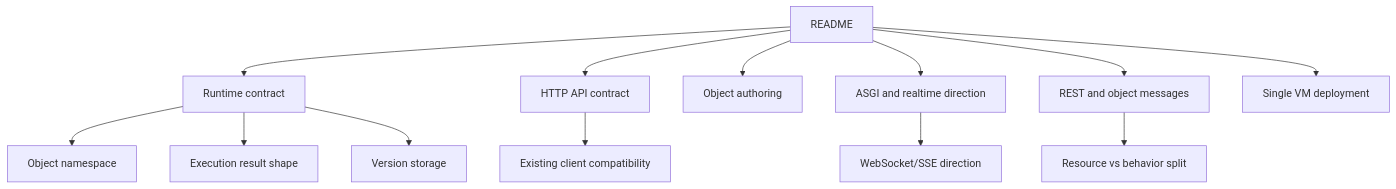
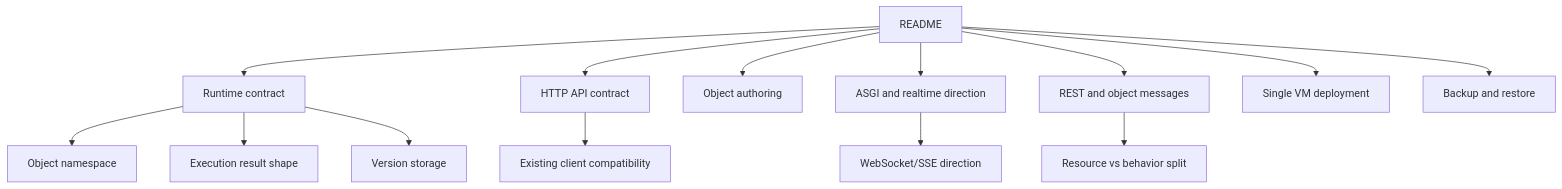
The diagram in docs/README.md (askrobots/dbbasic-object-server), drawn with Mermaid before and after one commit. The commit also changed other lines of this file and 7 other files, not shown here.

Commit message:
Add runtime backup and restore helper

````diff
--- a/docs/README.md
+++ b/docs/README.md
@@ -9,17 +9,18 @@
 ```mermaid
 flowchart TD
     A["README"] --> B["Runtime contract"]
     A --> C["HTTP API contract"]
     A --> M["Object authoring"]
     A --> D["ASGI and realtime direction"]
     A --> E["REST and object messages"]
     A --> L["Single VM deployment"]
+    A --> N["Backup and restore"]
 
     B --> F["Object namespace"]
     B --> G["Execution result shape"]
     B --> H["Version storage"]
 
     C --> I["Existing client compatibility"]
     D --> J["WebSocket/SSE direction"]
     E --> K["Resource vs behavior split"]
 ```
````
